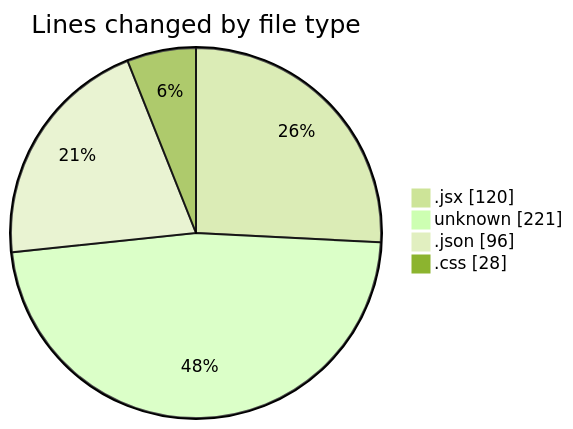
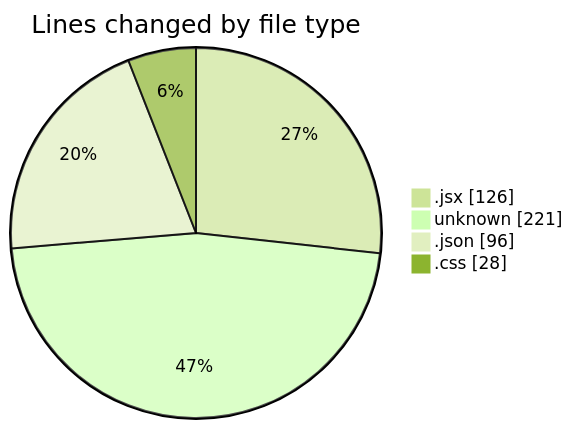
The first of 2 diagrams in 2025-02-05/react_ecom/README.md (Elitesun/code-tracking), drawn with Mermaid (forest theme) before and after one commit. The commit also changed other lines of this file and 1 other file, not shown here.

````diff
--- a/2025-02-05/react_ecom/README.md
+++ b/2025-02-05/react_ecom/README.md
@@ -28,8 +28,8 @@
 ```mermaid
 pie showData
 title Lines changed by file type
-".jsx" : 120
+".jsx" : 126
 "unknown" : 221
 ".json" : 96
 ".css" : 28
 ```
````
